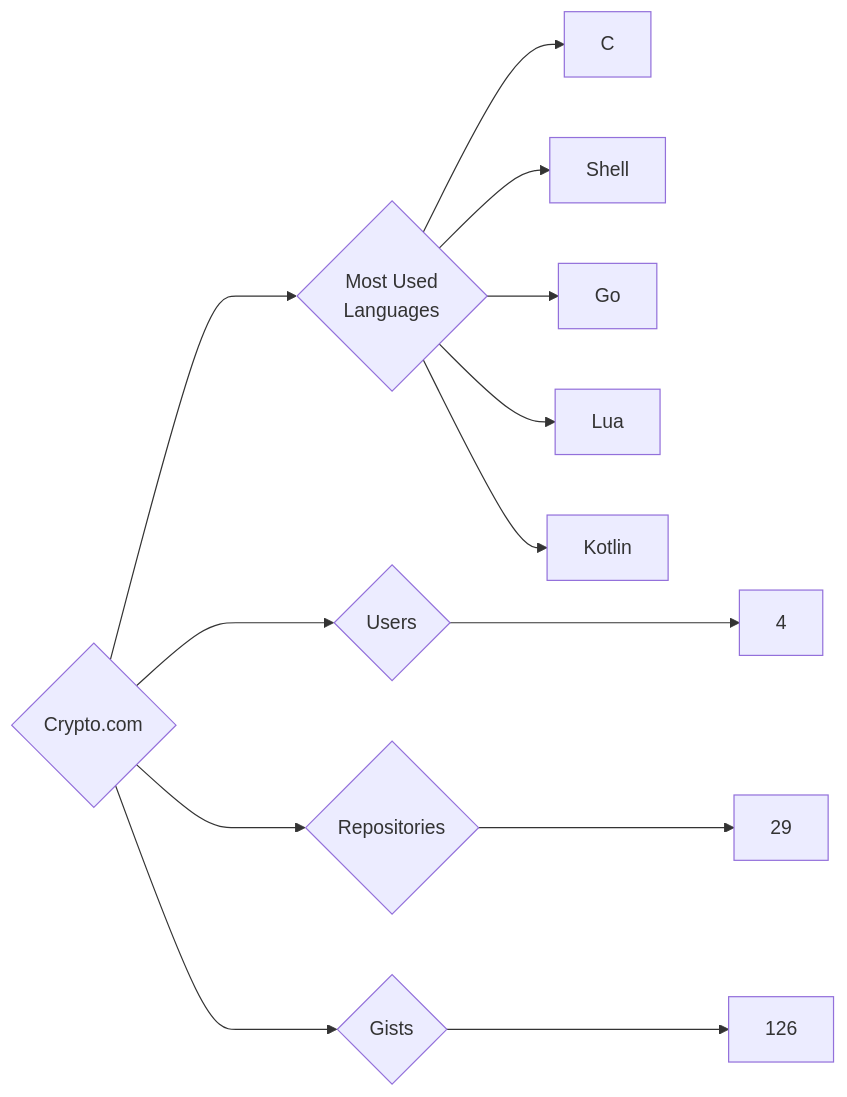
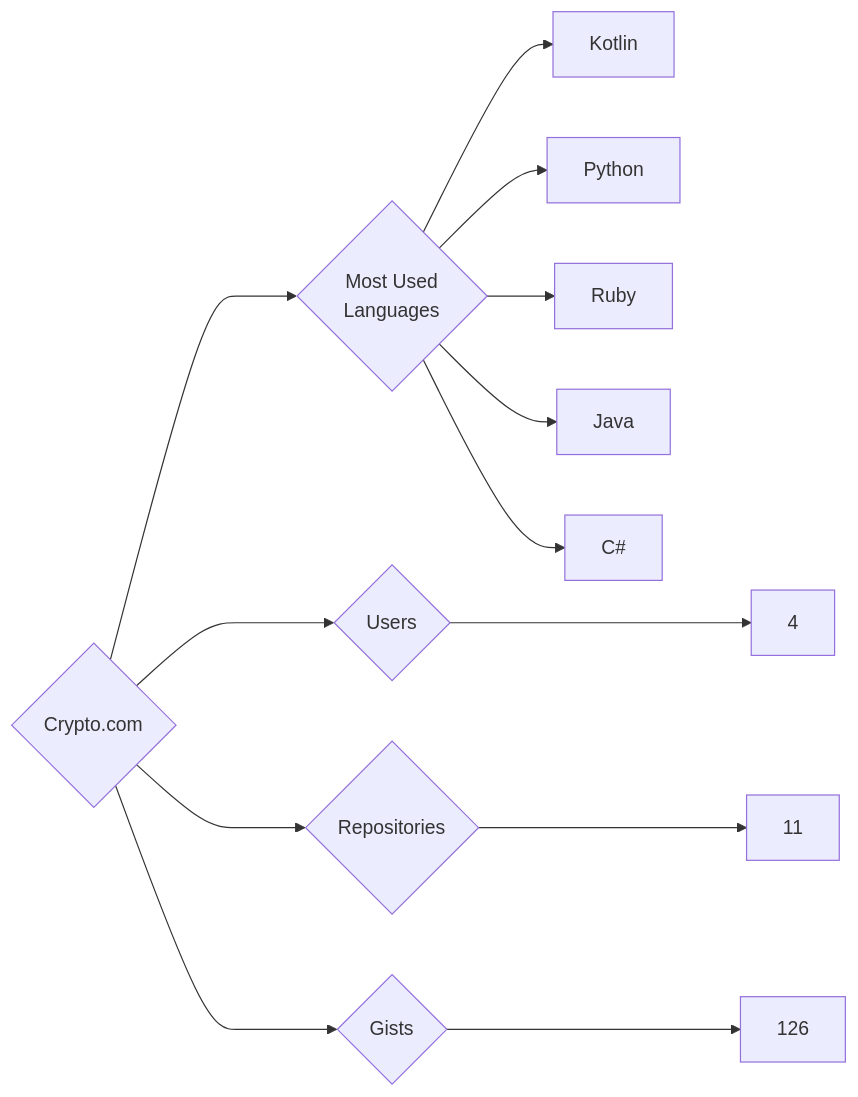
The diagram in targets/Crypto.com/README.md (trickest/insiders), drawn with Mermaid before and after one commit. The commit also changed 1036 other files, not shown here.

````diff
--- a/targets/Crypto.com/README.md
+++ b/targets/Crypto.com/README.md
@@ -3,13 +3,13 @@
 ```mermaid
 graph LR
 COMPANY_NAME{Crypto.com}
 COMPANY_NAME ---> U{Users} ---> UN[4]
-COMPANY_NAME ---> R{Repositories} ---> RN[29]
+COMPANY_NAME ---> R{Repositories} ---> RN[11]
 COMPANY_NAME ---> G{Gists} ---> GN[126]
 COMPANY_NAME ---> ML{Most Used<br>Languages}
-ML --> C[C]
-ML --> Shell[Shell]
-ML --> Go[Go]
-ML --> Lua[Lua]
 ML --> Kotlin[Kotlin]
+ML --> Python[Python]
+ML --> Ruby[Ruby]
+ML --> Java[Java]
+ML --> C#[C#]
 ```
````
